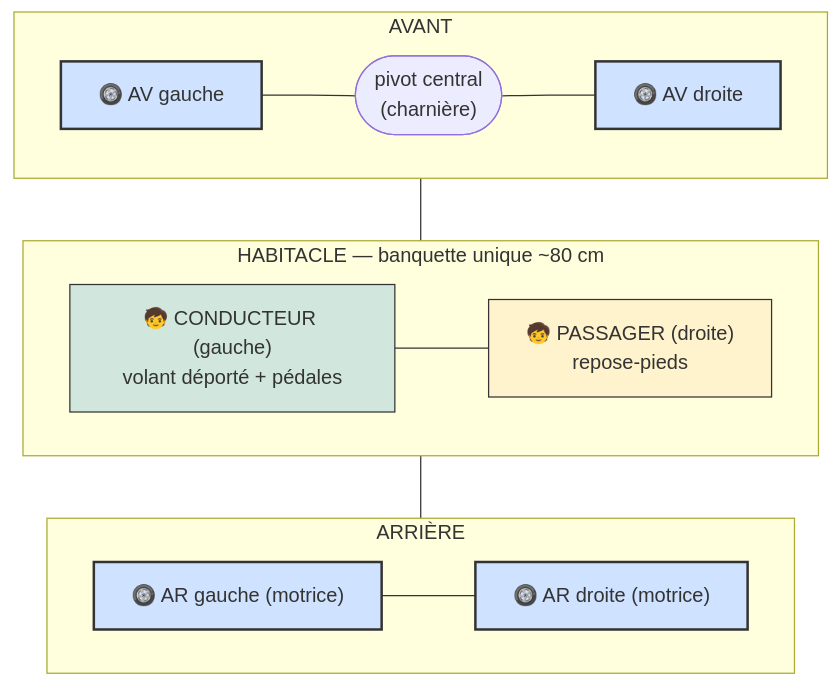
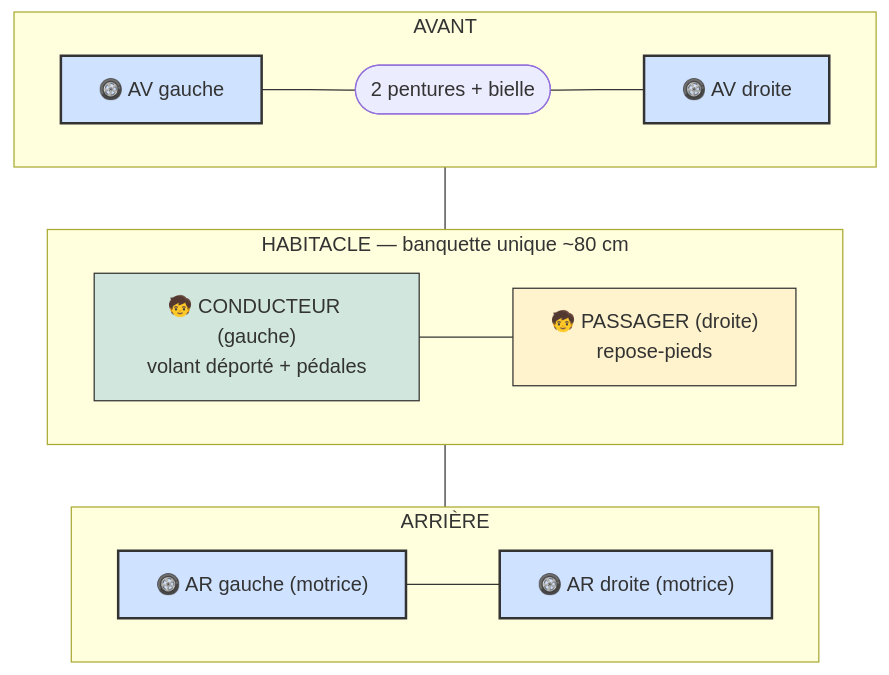
The third of 11 diagrams in README.md (pinkymaxou/powered-soapbox-car), drawn with Mermaid before and after one commit. The commit also changed other lines of this file and 6 other files, not shown here.

````diff
--- a/README.md
+++ b/README.md
@@ -158,27 +158,27 @@
 ```mermaid
 flowchart TB
     subgraph AV["AVANT"]
         RAVG["🛞 AV gauche"]
-        PIV(["pivot central<br/>(charnière)"])
+        PIV(["2 pentures + bielle"])
         RAVD["🛞 AV droite"]
         RAVG --- PIV --- RAVD
     end
     subgraph HAB["HABITACLE — banquette unique ~80 cm"]
         COND["🧒 CONDUCTEUR (gauche)<br/>volant déporté + pédales"]
         PASS["🧒 PASSAGER (droite)<br/>repose-pieds"]
         COND --- PASS
     end
     subgraph AR["ARRIÈRE"]
         RARG["🛞 AR gauche (motrice)"]
         RARD["🛞 AR droite (motrice)"]
         RARG --- RARD
     end
     AV --- HAB --- AR
 
     classDef wheel fill:#cfe2ff,stroke:#333,stroke-width:2px;
     classDef drv fill:#d1e7dd,stroke:#333;
     classDef pas fill:#fff3cd,stroke:#333;
     class RAVG,RAVD,RARG,RARD wheel;
     class COND drv;
     class PASS pas;
 ```
````
